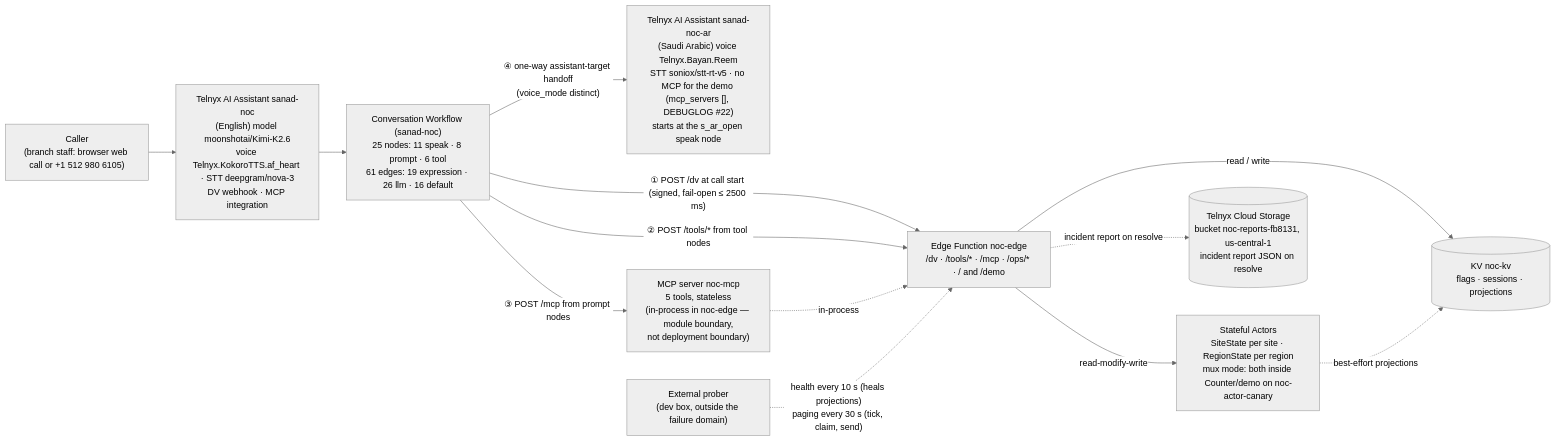
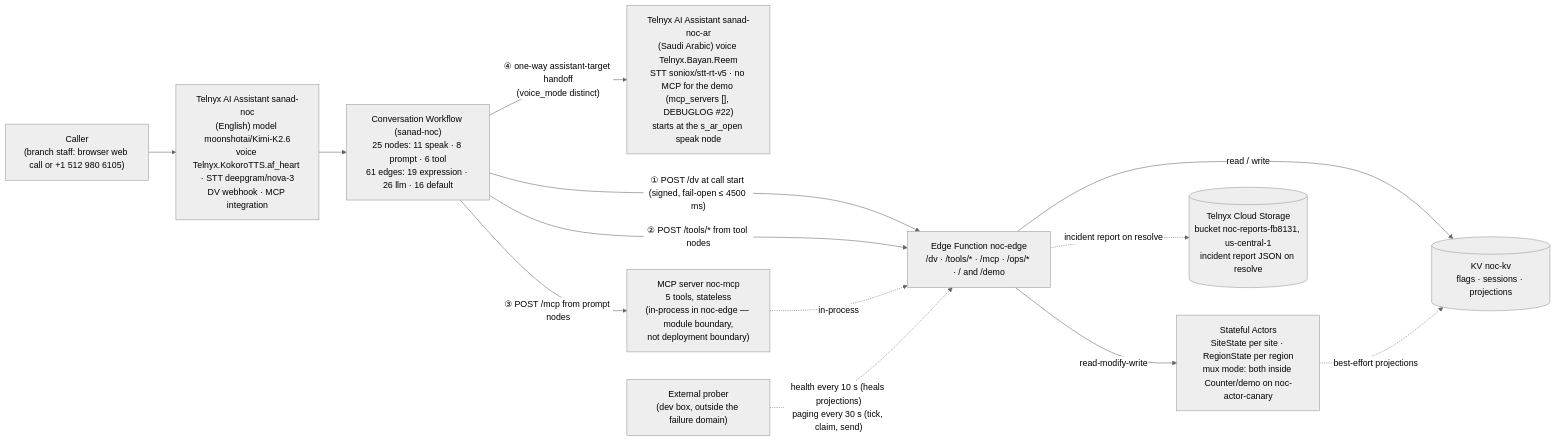
Before and after one commit to ifahad/noc-front-door: the diagram in docs/architecture.md, drawn with Mermaid (neutral theme). The commit also changed other lines of this file and 6 other files, not shown here.

````diff
--- a/docs/architecture.md
+++ b/docs/architecture.md
@@ -7,26 +7,26 @@
 ```mermaid
 flowchart LR
   caller["Caller<br/>(branch staff: browser web call or +1 512 980 6105)"]
   asst["Telnyx AI Assistant sanad-noc<br/>(English) model moonshotai/Kimi-K2.6<br/>voice Telnyx.KokoroTTS.af_heart · STT deepgram/nova-3<br/>DV webhook · MCP integration"]
   wf["Conversation Workflow (sanad-noc)<br/>25 nodes: 11 speak · 8 prompt · 6 tool<br/>61 edges: 19 expression · 26 llm · 16 default"]
   ar["Telnyx AI Assistant sanad-noc-ar<br/>(Saudi Arabic) voice Telnyx.Bayan.Reem<br/>STT soniox/stt-rt-v5 · no MCP for the demo (mcp_servers [], DEBUGLOG #22)<br/>starts at the s_ar_open speak node"]
   edge["Edge Function noc-edge<br/>/dv · /tools/* · /mcp · /ops/* · / and /demo"]
   mcp["MCP server noc-mcp<br/>5 tools, stateless<br/>(in-process in noc-edge — module boundary,<br/>not deployment boundary)"]
   kv[("KV noc-kv<br/>flags · sessions · projections")]
   actors["Stateful Actors<br/>SiteState per site · RegionState per region<br/>mux mode: both inside Counter/demo on noc-actor-canary"]
   tcs[("Telnyx Cloud Storage<br/>bucket noc-reports-fb8131, us-central-1<br/>incident report JSON on resolve")]
   prober["External prober<br/>(dev box, outside the failure domain)"]
 
   caller --> asst
   asst --> wf
   wf -->|"④ one-way assistant-target handoff<br/>(voice_mode distinct)"| ar
-  wf -->|"① POST /dv at call start (signed, fail-open ≤ 2500 ms)"| edge
+  wf -->|"① POST /dv at call start (signed, fail-open ≤ 4500 ms)"| edge
   wf -->|"② POST /tools/* from tool nodes"| edge
   wf -->|"③ POST /mcp from prompt nodes"| mcp
   mcp -.->|"in-process"| edge
   edge -->|"read / write"| kv
   edge -->|"read-modify-write"| actors
   actors -.->|"best-effort projections"| kv
   edge -.->|"incident report on resolve"| tcs
   prober -.->|"health every 10 s (heals projections)<br/>paging every 30 s (tick, claim, send)"| edge
 ```
````
